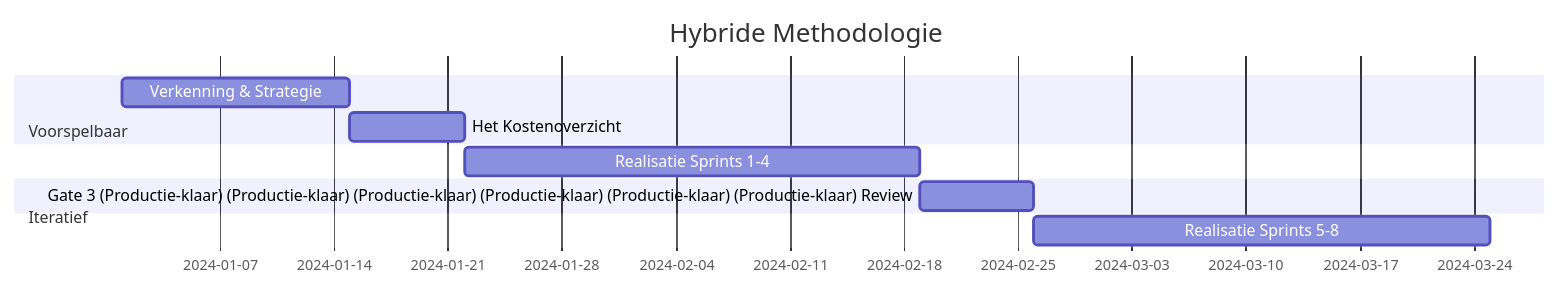
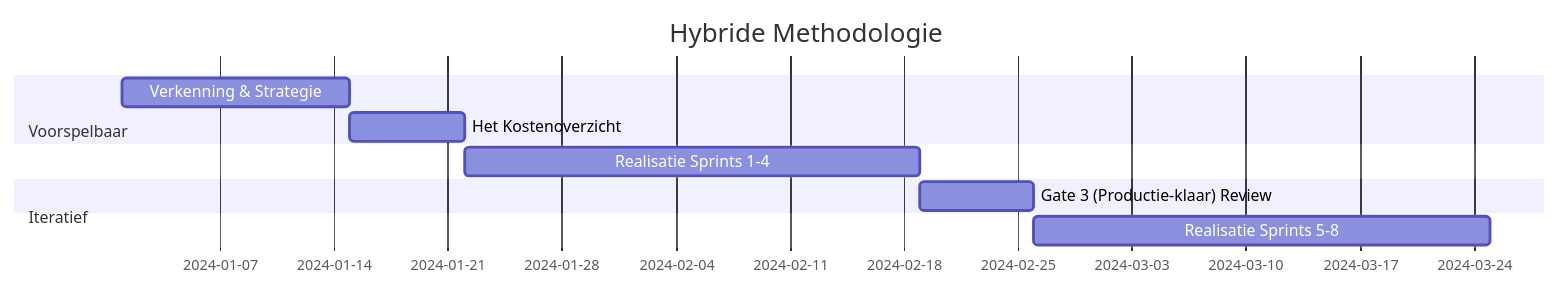
The diagram in docs/00-strategisch-kader/02-hybride-methodologie.md (vannifr/ai-project-blueprint), drawn with Mermaid before and after one commit. The commit also changed 19 other files, not shown here.

````diff
--- a/docs/00-strategisch-kader/02-hybride-methodologie.md
+++ b/docs/00-strategisch-kader/02-hybride-methodologie.md
@@ -36,14 +36,14 @@
 ```mermaid
 gantt
     title Hybride Methodologie
     dateFormat  YYYY-MM-DD
     section Voorspelbaar
     Verkenning & Strategie     :p1, 2024-01-01, 2w
     Het Kostenoverzicht          :p2, after p1, 1w
     section Iteratief
     Realisatie Sprints 1-4     :s1, after p2, 4w
     section Voorspelbaar
-    Gate 3 (Productie-klaar) (Productie-klaar) (Productie-klaar) (Productie-klaar) (Productie-klaar) (Productie-klaar) Review              :m1, after s1, 1w
+    Gate 3 (Productie-klaar) Review              :m1, after s1, 1w
     section Iteratief
     Realisatie Sprints 5-8     :s2, after m1, 4w
 ```
````
